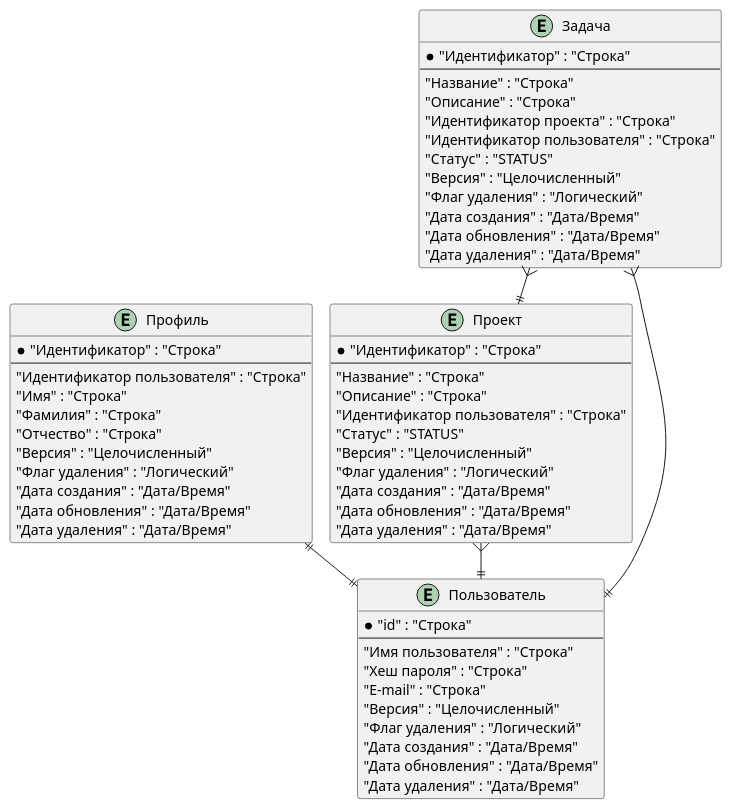
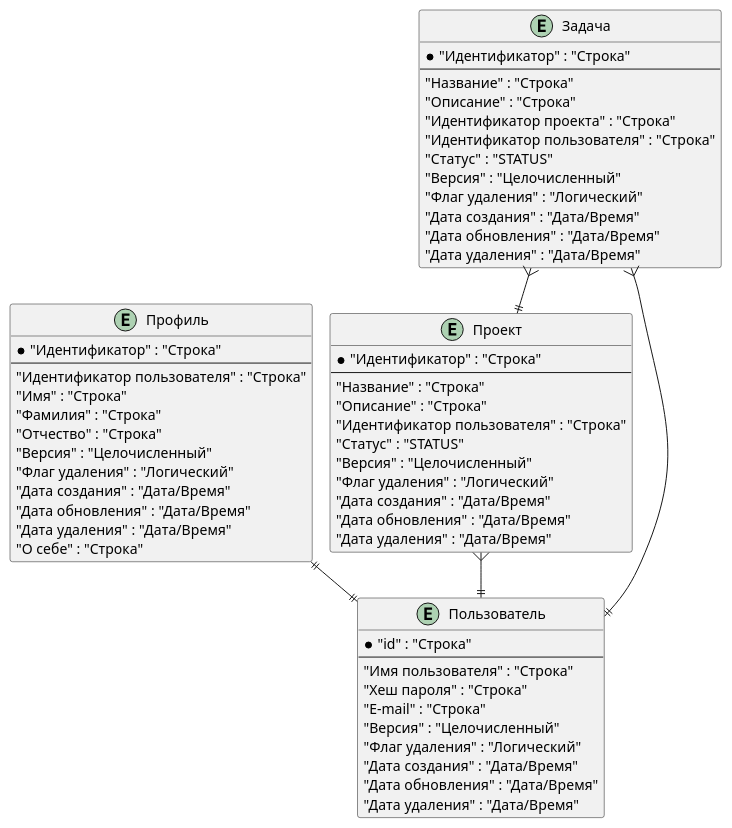
One commit to denis-volnenko/liquibase-asciidoc-maven-plugin changed the diagram in example/tm-sql-to-asciidoc/src/main/asciidoc/erd_logic.puml. Above: the diagram before and after it, drawn with PlantUML. The commit also changed 8 other files, not shown here.

```diff
--- a/example/tm-sql-to-asciidoc/src/main/asciidoc/erd_logic.puml
+++ b/example/tm-sql-to-asciidoc/src/main/asciidoc/erd_logic.puml
@@ -1,65 +1,66 @@
 @startuml 
 '!pragma graphviz_dot jdot 
 !pragma layout smetana 
 entity "Профиль" as app_profile {
     *"Идентификатор" : "Строка"
 ---
     "Идентификатор пользователя" : "Строка"
     "Имя" : "Строка"
     "Фамилия" : "Строка"
     "Отчество" : "Строка"
     "Версия" : "Целочисленный"
     "Флаг удаления" : "Логический"
     "Дата создания" : "Дата/Время"
     "Дата обновления" : "Дата/Время"
     "Дата удаления" : "Дата/Время"
+    "О себе" : "Строка"
 }
 
 entity "Проект" as app_project {
     *"Идентификатор" : "Строка"
 ---
     "Название" : "Строка"
     "Описание" : "Строка"
     "Идентификатор пользователя" : "Строка"
     "Статус" : "STATUS"
     "Версия" : "Целочисленный"
     "Флаг удаления" : "Логический"
     "Дата создания" : "Дата/Время"
     "Дата обновления" : "Дата/Время"
     "Дата удаления" : "Дата/Время"
 }
 
 entity "Задача" as app_task {
     *"Идентификатор" : "Строка"
 ---
     "Название" : "Строка"
     "Описание" : "Строка"
     "Идентификатор проекта" : "Строка"
     "Идентификатор пользователя" : "Строка"
     "Статус" : "STATUS"
     "Версия" : "Целочисленный"
     "Флаг удаления" : "Логический"
     "Дата создания" : "Дата/Время"
     "Дата обновления" : "Дата/Время"
     "Дата удаления" : "Дата/Время"
 }
 
 entity "Пользователь" as app_user {
     *"id" : "Строка"
 ---
     "Имя пользователя" : "Строка"
     "Хеш пароля" : "Строка"
     "E-mail" : "Строка"
     "Версия" : "Целочисленный"
     "Флаг удаления" : "Логический"
     "Дата создания" : "Дата/Время"
     "Дата обновления" : "Дата/Время"
     "Дата удаления" : "Дата/Время"
 }
 
 "app_profile" ||--|| "app_user"
 "app_project" }--|| "app_user"
 "app_task" }--|| "app_project"
 "app_task" }--|| "app_user"
 
 @enduml
```
